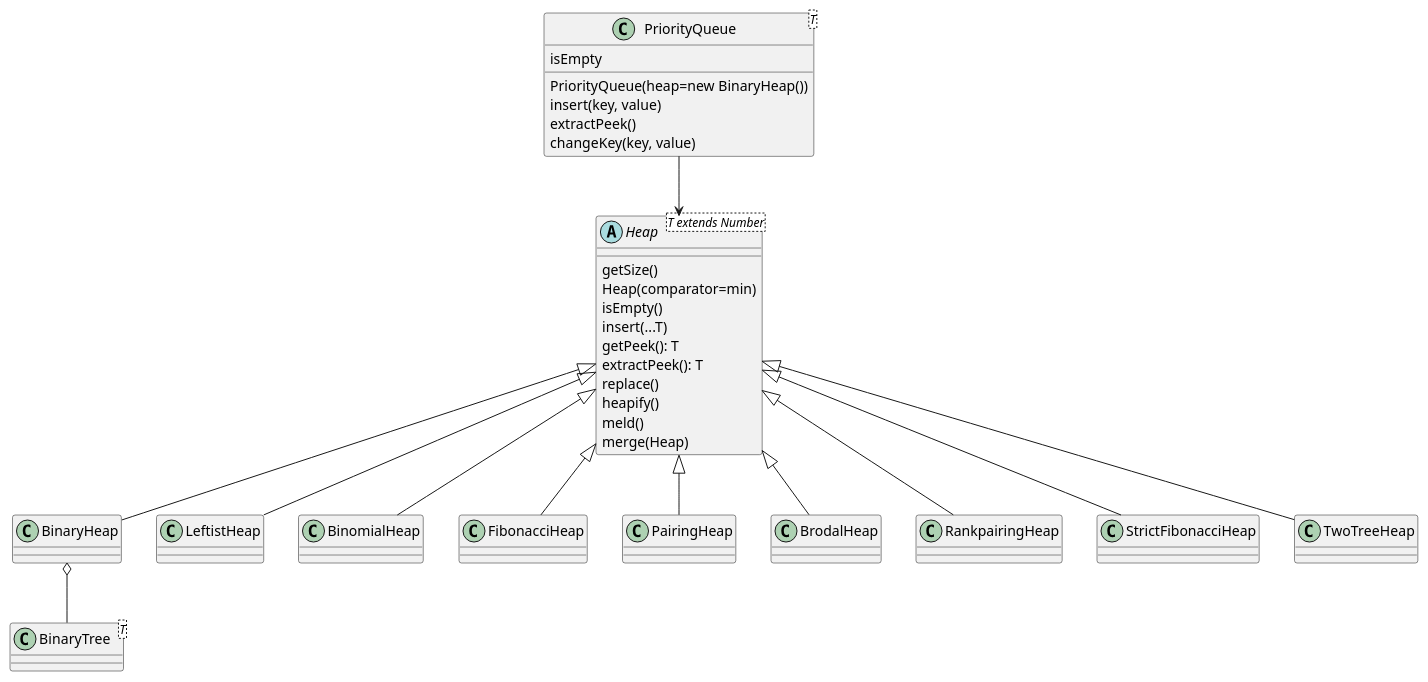
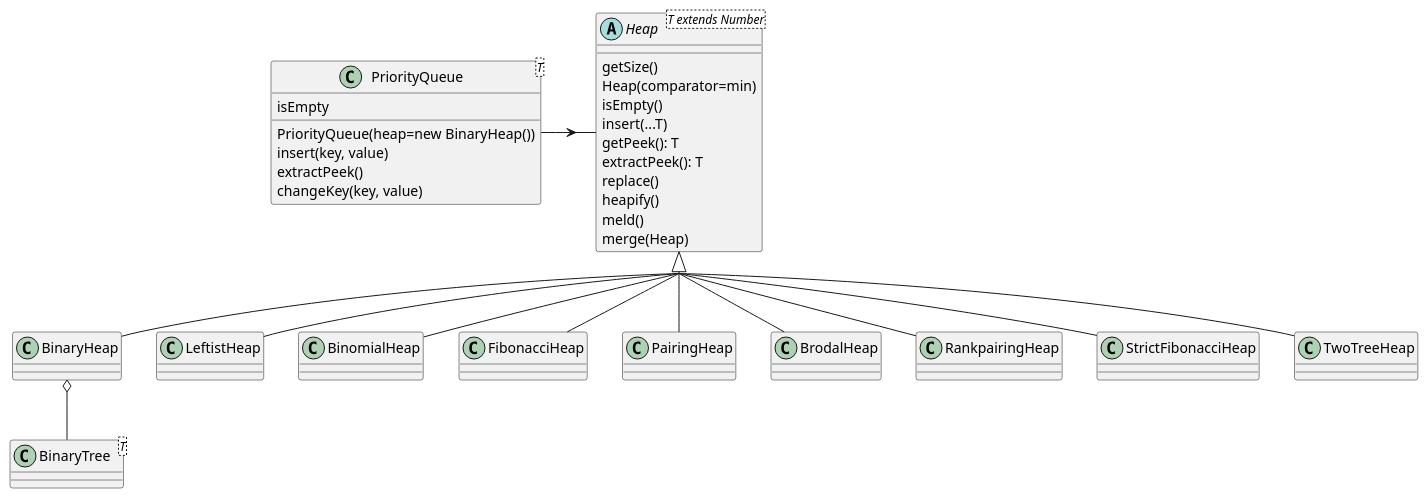
Before and after one commit to sanchezcarlosjr/graph-theory-on-maze: the diagram in docs/heap.puml, drawn with PlantUML. The commit also changed 3 other files, not shown here.

```diff
--- a/docs/heap.puml
+++ b/docs/heap.puml
@@ -1,38 +1,40 @@
 @startuml
+skinparam groupInheritance 4
+
 class PriorityQueue<T> {
  isEmpty
  PriorityQueue(heap=new BinaryHeap())
  insert(key, value)
  extractPeek()
  changeKey(key, value)
 }
 
 class BinaryTree<T> {}
 
-PriorityQueue --> Heap
+PriorityQueue  -right--> Heap
 
 abstract class Heap<T extends Number> {
   getSize()
   Heap(comparator=min)
   isEmpty()
   insert(...T)
   getPeek(): T
   extractPeek(): T
   replace()
   heapify()
   meld()
   merge(Heap)
 }
 
 class BinaryHeap extends Heap
 BinaryHeap o-- BinaryTree
 class LeftistHeap extends Heap
 class BinomialHeap extends Heap
 class FibonacciHeap extends Heap
 class PairingHeap extends Heap
 class BrodalHeap extends Heap
 class RankpairingHeap extends Heap
 class StrictFibonacciHeap extends Heap
 class TwoTreeHeap extends Heap
 
 @enduml
```
